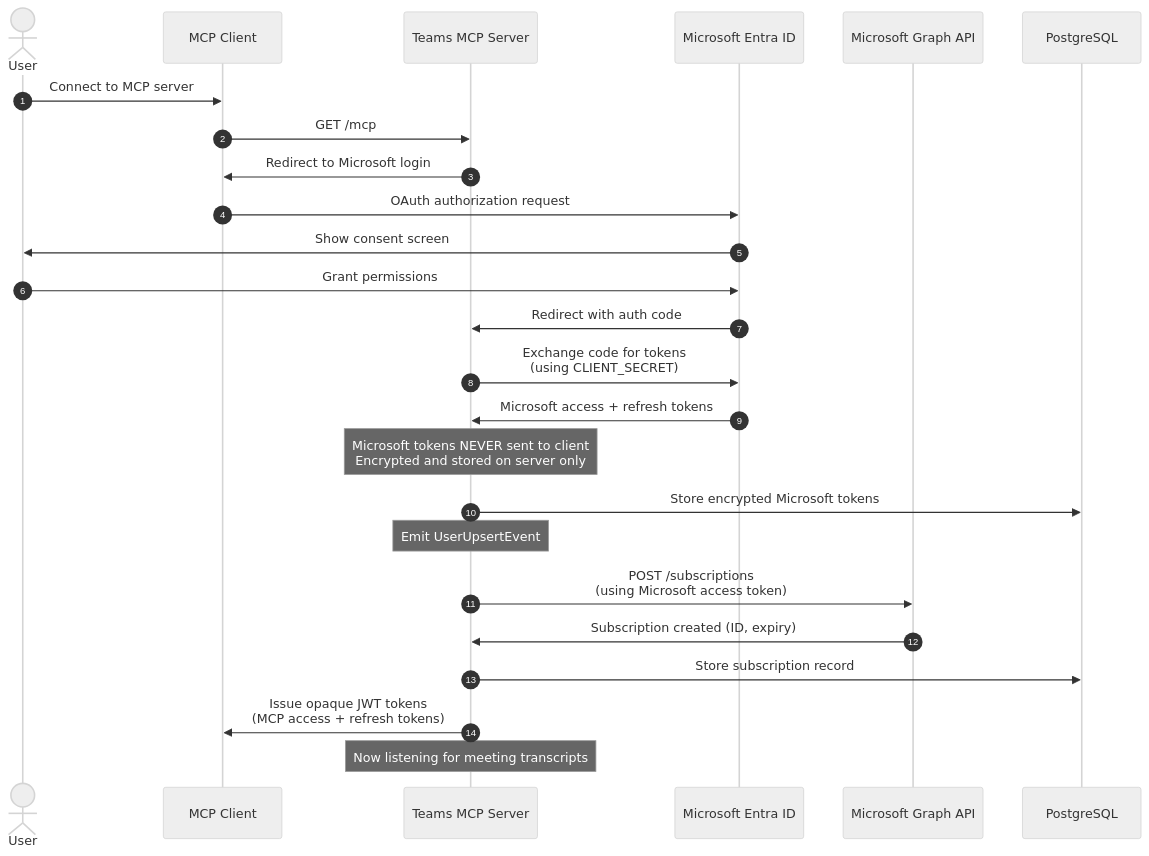
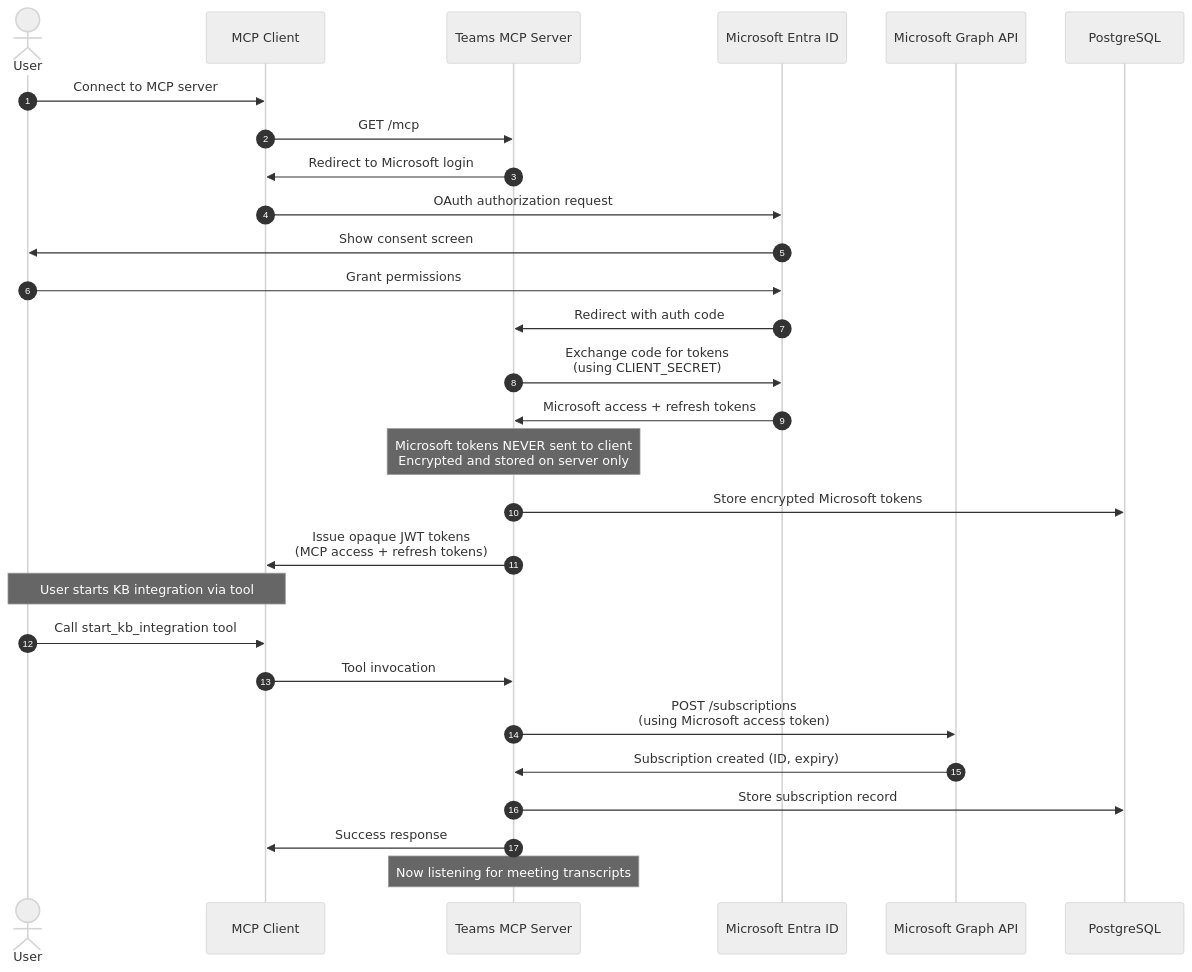
One commit to Unique-AG/connectors changed the second of 8 diagrams in services/teams-mcp/docs/technical/flows.md. Above: the diagram before and after it, drawn with Mermaid. The commit also changed other lines of this file and 9 other files, not shown here.

First line of the commit message:
refactor(teams-mcp): remove automatic subscription creation on user upsert

````diff
--- a/services/teams-mcp/docs/technical/flows.md
+++ b/services/teams-mcp/docs/technical/flows.md
@@ -48,31 +48,34 @@
 ```mermaid
 %%{init: {'theme': 'neutral', 'themeVariables': { 'fontSize': '14px' }}}%%
 sequenceDiagram
     autonumber
     actor User
     participant MCPClient as MCP Client
     participant TeamsMCP as Teams MCP Server
     participant EntraID as Microsoft Entra ID
     participant MSGraph as Microsoft Graph API
     participant DB as PostgreSQL
 
     User->>MCPClient: Connect to MCP server
     MCPClient->>TeamsMCP: GET /mcp
     TeamsMCP->>MCPClient: Redirect to Microsoft login
     MCPClient->>EntraID: OAuth authorization request
     EntraID->>User: Show consent screen
     User->>EntraID: Grant permissions
     EntraID->>TeamsMCP: Redirect with auth code
     TeamsMCP->>EntraID: Exchange code for tokens<br/>(using CLIENT_SECRET)
     EntraID->>TeamsMCP: Microsoft access + refresh tokens
     Note over TeamsMCP: Microsoft tokens NEVER sent to client<br/>Encrypted and stored on server only
     TeamsMCP->>DB: Store encrypted Microsoft tokens
+    TeamsMCP->>MCPClient: Issue opaque JWT tokens<br/>(MCP access + refresh tokens)
 
-    Note over TeamsMCP: Emit UserUpsertEvent
+    Note over User,MCPClient: User starts KB integration via tool
+    User->>MCPClient: Call start_kb_integration tool
+    MCPClient->>TeamsMCP: Tool invocation
     TeamsMCP->>MSGraph: POST /subscriptions<br/>(using Microsoft access token)
     MSGraph->>TeamsMCP: Subscription created (ID, expiry)
     TeamsMCP->>DB: Store subscription record
-    TeamsMCP->>MCPClient: Issue opaque JWT tokens<br/>(MCP access + refresh tokens)
+    TeamsMCP->>MCPClient: Success response
 
     Note over TeamsMCP: Now listening for meeting transcripts
 ```
````
